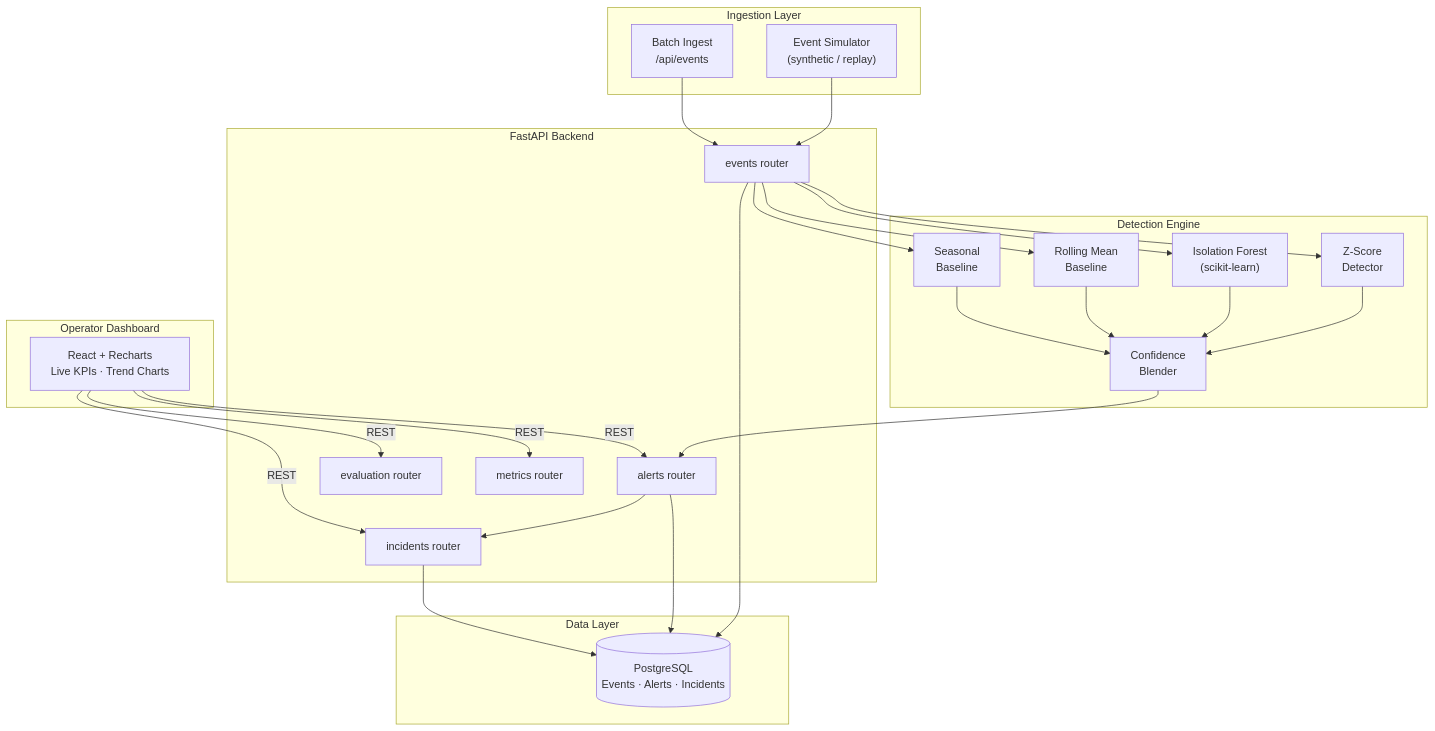
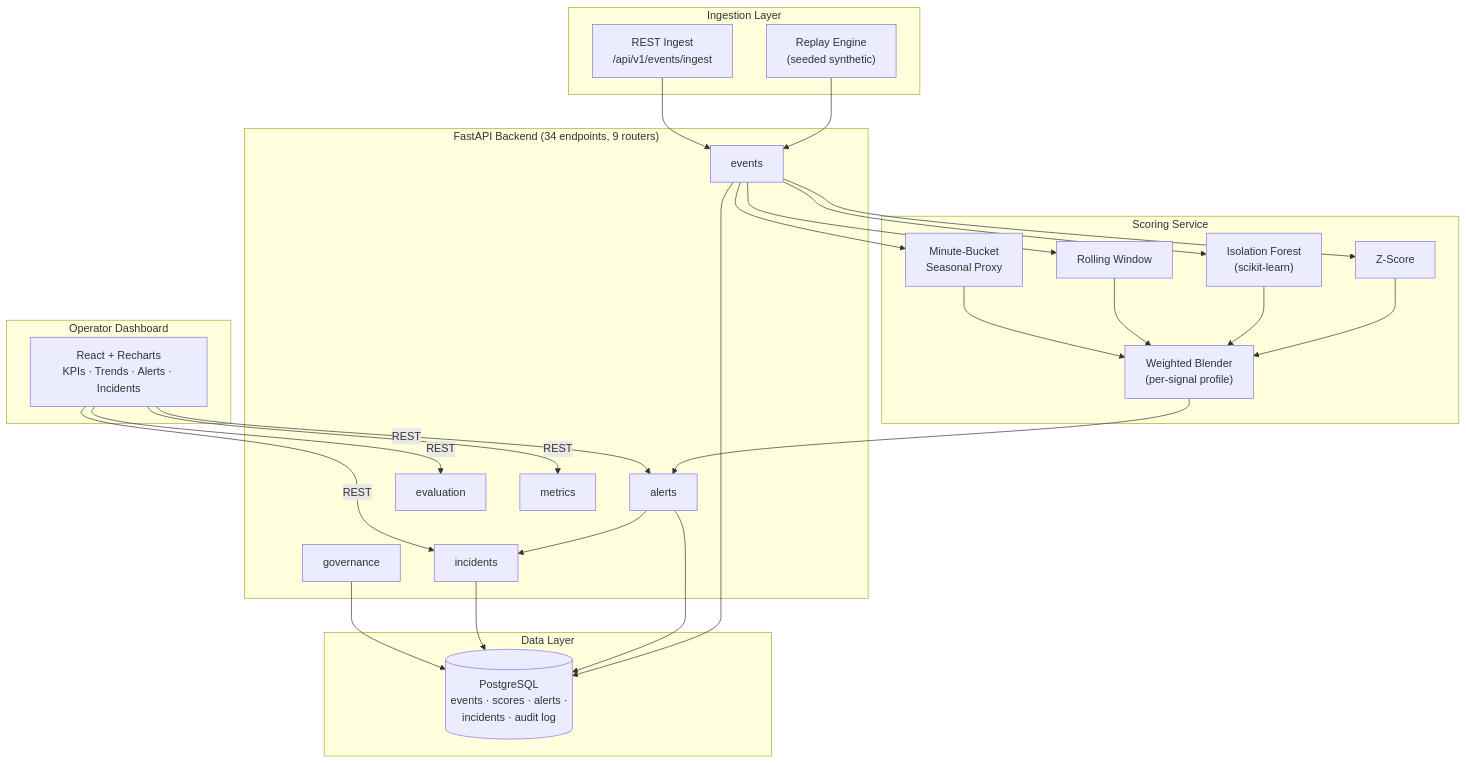
The diagram in README.md (RyanJBush/pulse-ai), drawn with Mermaid before and after one commit. The commit also changed other lines of this file and 5 other files, not shown here.

````diff
--- a/README.md
+++ b/README.md
@@ -41,40 +90,41 @@
 ```mermaid
 flowchart TD
     subgraph Ingestion["Ingestion Layer"]
-        SIM["Event Simulator\n(synthetic / replay)"]
-        BATCH["Batch Ingest\n/api/events"]
+        SIM["Replay Engine\n(seeded synthetic)"]
+        BATCH["REST Ingest\n/api/v1/events/ingest"]
     end
 
-    subgraph API["FastAPI Backend"]
-        R_EVENTS["events router"]
-        R_ALERTS["alerts router"]
-        R_INCIDENTS["incidents router"]
-        R_EVAL["evaluation router"]
-        R_METRICS["metrics router"]
+    subgraph API["FastAPI Backend (34 endpoints, 9 routers)"]
+        R_EVENTS["events"]
+        R_ALERTS["alerts"]
+        R_INCIDENTS["incidents"]
+        R_EVAL["evaluation"]
+        R_METRICS["metrics"]
+        R_GOV["governance"]
     end
 
-    subgraph Detection["Detection Engine"]
-        ZSCORE["Z-Score\nDetector"]
+    subgraph Detection["Scoring Service"]
+        ZSCORE["Z-Score"]
         IFOREST["Isolation Forest\n(scikit-learn)"]
-        ROLLING["Rolling Mean\nBaseline"]
-        SEASONAL["Seasonal\nBaseline"]
-        BLEND["Confidence\nBlender"]
+        ROLLING["Rolling Window"]
+        SEASONAL["Minute-Bucket\nSeasonal Proxy"]
+        BLEND["Weighted Blender\n(per-signal profile)"]
     end
 
     subgraph Data["Data Layer"]
-        PG[("PostgreSQL\nEvents · Alerts · Incidents")]
+        PG[("PostgreSQL\nevents · scores · alerts ·\nincidents · audit log")]
     end
 
     subgraph UI["Operator Dashboard"]
-        DASH["React + Recharts\nLive KPIs · Trend Charts"]
+        DASH["React + Recharts\nKPIs · Trends · Alerts · Incidents"]
     end
 
     SIM --> R_EVENTS
     BATCH --> R_EVENTS
     R_EVENTS --> ZSCORE & IFOREST & ROLLING & SEASONAL
     ZSCORE & IFOREST & ROLLING & SEASONAL --> BLEND
     BLEND --> R_ALERTS
     R_ALERTS --> R_INCIDENTS
-    R_EVENTS & R_ALERTS & R_INCIDENTS --> PG
+    R_EVENTS & R_ALERTS & R_INCIDENTS & R_GOV --> PG
     DASH -->|REST| R_ALERTS & R_INCIDENTS & R_METRICS & R_EVAL
 ```
````
